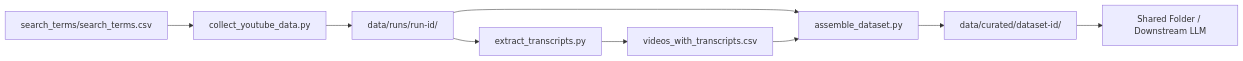
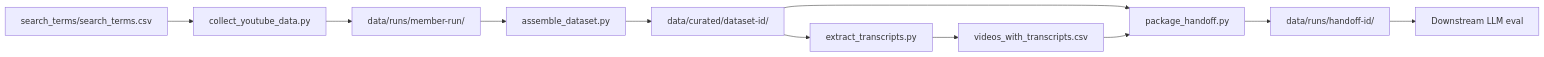
Before and after one commit to Ali-hxhui/cmu-capstone: the first of 2 diagrams in PIPELINE_GUIDE.md, drawn with Mermaid. The commit also changed other lines of this file and 5 other files, not shown here.

First line of the commit message:
Add package_handoff.py for downstream LLM eval alignment.

````diff
--- a/PIPELINE_GUIDE.md
+++ b/PIPELINE_GUIDE.md
@@ -43,11 +43,13 @@
 ```mermaid
 flowchart LR
     A[search_terms/search_terms.csv] --> B[collect_youtube_data.py]
-    B --> C[data/runs/run-id/]
-    C --> D[extract_transcripts.py]
+    B --> C[data/runs/member-run/]
+    C --> F[assemble_dataset.py]
+    F --> G[data/curated/dataset-id/]
+    G --> D[extract_transcripts.py]
     D --> E[videos_with_transcripts.csv]
-    C --> F[assemble_dataset.py]
-    E --> F
-    F --> G[data/curated/dataset-id/]
-    G --> H[Shared Folder / Downstream LLM]
+    G --> P[package_handoff.py]
+    E --> P
+    P --> R[data/runs/handoff-id/]
+    R --> H[Downstream LLM eval]
 ```
````
